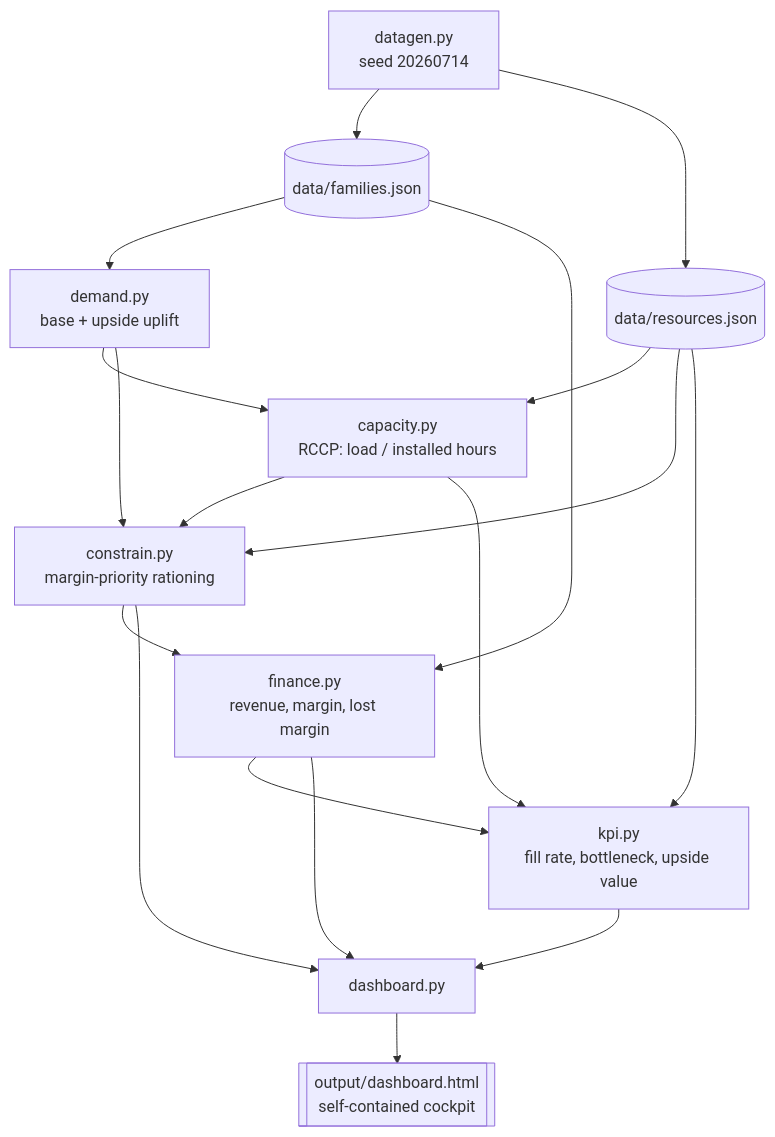
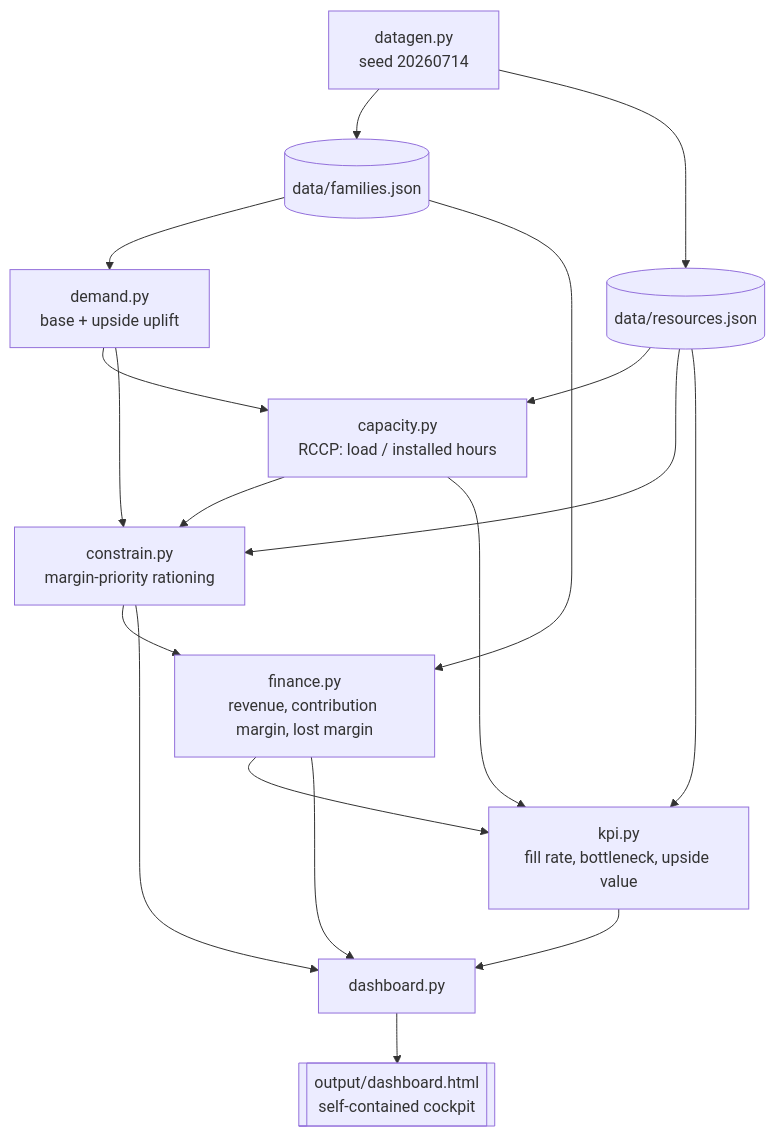
The diagram in README.md (LaviSahu/sop-integrated-planning), drawn with Mermaid before and after one commit. The commit also changed other lines of this file and 12 other files, not shown here.

````diff
--- a/README.md
+++ b/README.md
@@ -31,25 +166,25 @@
 ```mermaid
 flowchart TD
     SEED[datagen.py<br/>seed 20260714] --> FAM[(data/families.json)]
     SEED --> RES[(data/resources.json)]
 
     FAM --> DEM[demand.py<br/>base + upside uplift]
     RES --> CAP[capacity.py<br/>RCCP: load / installed hours]
     DEM --> CAP
 
     DEM --> CON[constrain.py<br/>margin-priority rationing]
     RES --> CON
     CAP --> CON
 
-    CON --> FIN[finance.py<br/>revenue, margin, lost margin]
+    CON --> FIN[finance.py<br/>revenue, contribution margin, lost margin]
     FAM --> FIN
 
     CAP --> KPI[kpi.py<br/>fill rate, bottleneck, upside value]
     FIN --> KPI
     RES --> KPI
 
     KPI --> DASH[dashboard.py]
     CON --> DASH
     FIN --> DASH
     DASH --> HTML[[output/dashboard.html<br/>self-contained cockpit]]
 ```
````
